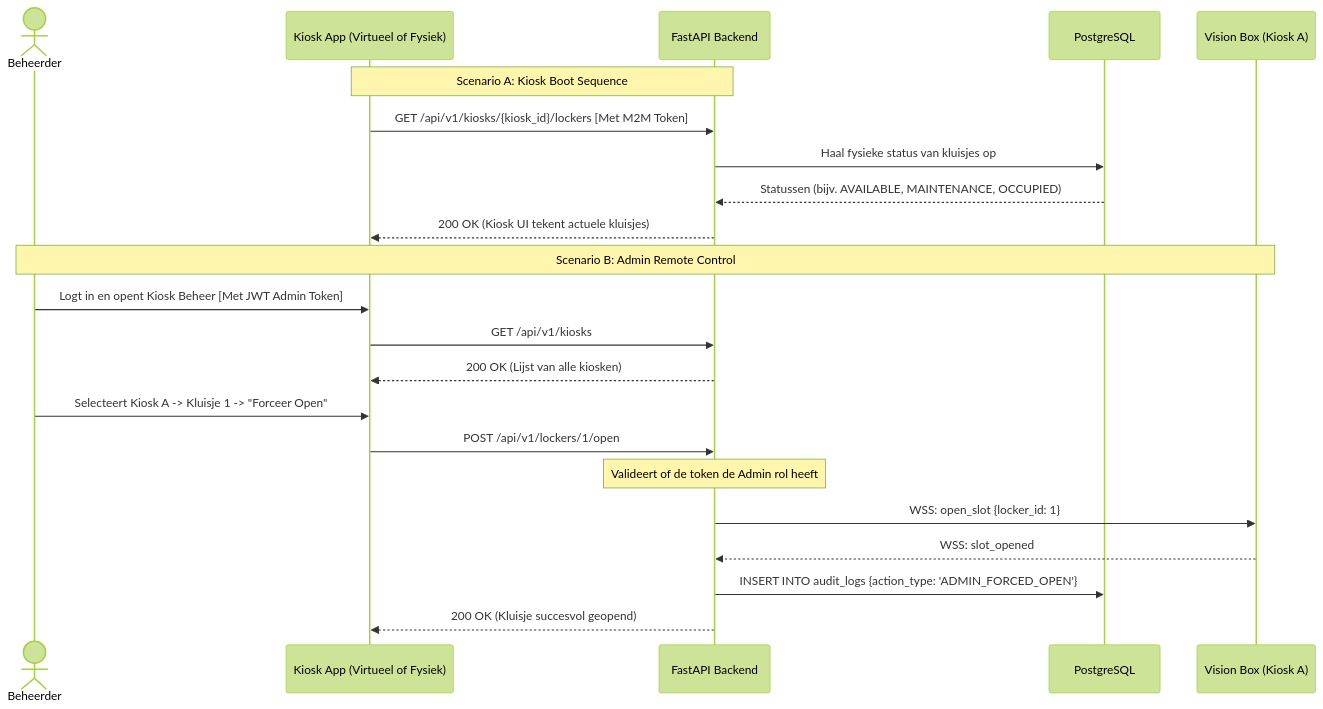
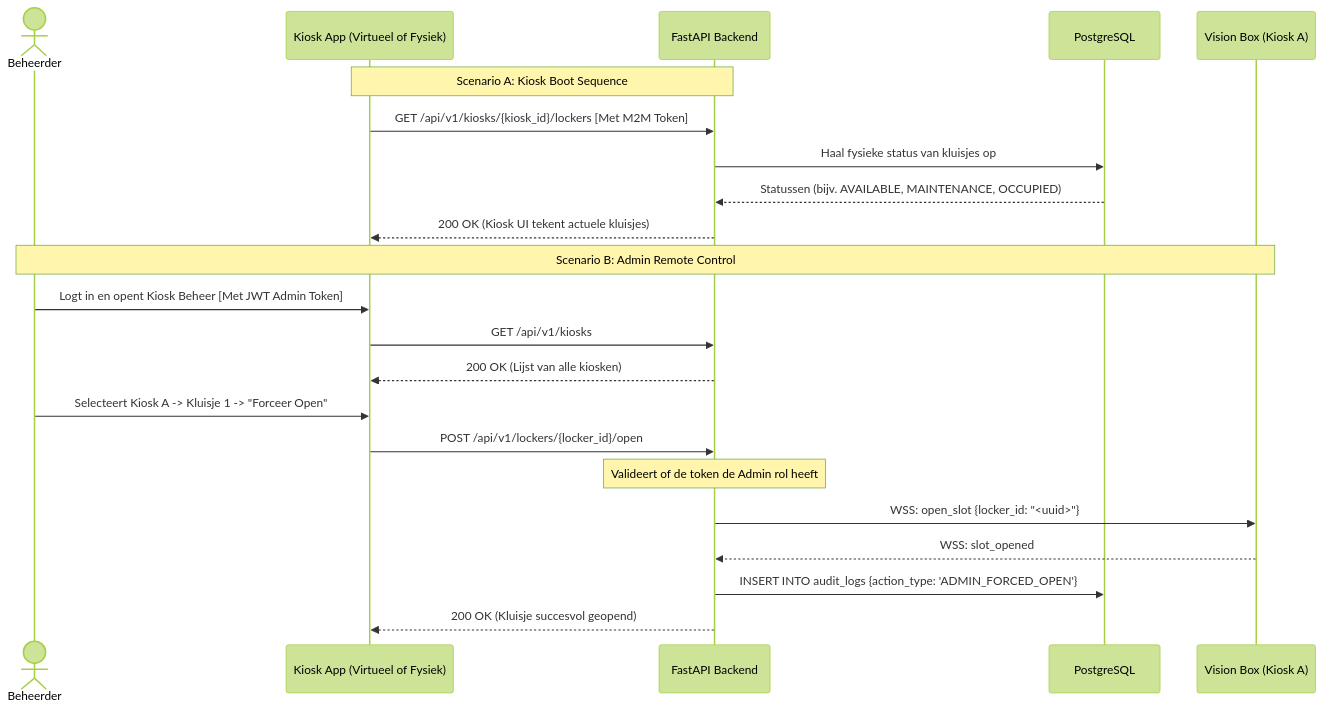
Before and after one commit to easylend-practice-enterprise/easylend: the diagram in docs/diagrams/sequence_admin_sync.mmd, drawn with Mermaid (forest theme).

Commit message:
Potential fix for pull request finding

```diff
--- a/docs/diagrams/sequence_admin_sync.mmd
+++ b/docs/diagrams/sequence_admin_sync.mmd
@@ -1,25 +1,25 @@
 sequenceDiagram
     actor Admin as Beheerder
     participant App as Kiosk App (Virtueel of Fysiek)
     participant API as FastAPI Backend
     participant DB as PostgreSQL
     participant VB as Vision Box (Kiosk A)
 
     Note over App,API: Scenario A: Kiosk Boot Sequence
     App->>API: GET /api/v1/kiosks/{kiosk_id}/lockers [Met M2M Token]
     API->>DB: Haal fysieke status van kluisjes op
     DB-->>API: Statussen (bijv. AVAILABLE, MAINTENANCE, OCCUPIED)
     API-->>App: 200 OK (Kiosk UI tekent actuele kluisjes)
 
     Note over Admin,VB: Scenario B: Admin Remote Control
     Admin->>App: Logt in en opent Kiosk Beheer [Met JWT Admin Token]
     App->>API: GET /api/v1/kiosks
     API-->>App: 200 OK (Lijst van alle kiosken)
 
     Admin->>App: Selecteert Kiosk A -> Kluisje 1 -> "Forceer Open"
-    App->>API: POST /api/v1/lockers/1/open
+    App->>API: POST /api/v1/lockers/{locker_id}/open
     Note over API: Valideert of de token de Admin rol heeft
-    API->>VB: WSS: open_slot {locker_id: 1}
+    API->>VB: WSS: open_slot {locker_id: "<uuid>"}
     VB-->>API: WSS: slot_opened
     API->>DB: INSERT INTO audit_logs {action_type: 'ADMIN_FORCED_OPEN'}
     API-->>App: 200 OK (Kluisje succesvol geopend)
```
